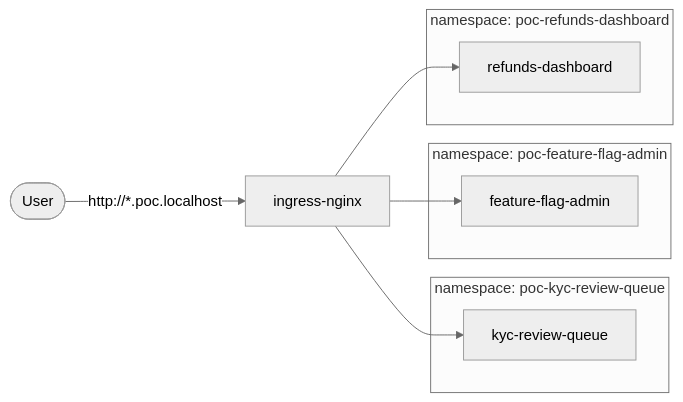
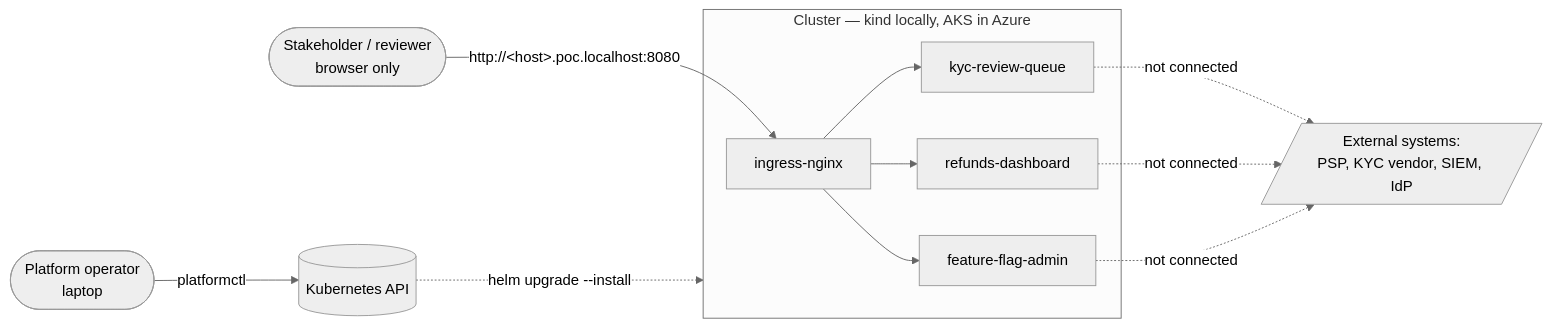
Before and after one commit to marcostcchen/Devin_POC: the first of 6 diagrams in platform/docs/architecture.md, drawn with Mermaid (neutral theme). The commit also changed other lines of this file and 6 other files, not shown here.

Commit message:
Document the current architecture, the target, the gap and the way across

````diff
--- a/platform/docs/architecture.md
+++ b/platform/docs/architecture.md
@@ -8,20 +15,21 @@
 ```mermaid
 flowchart LR
-    user([User]) -->|http://*.poc.localhost| ingress[ingress-nginx]
+    reviewer([Stakeholder / reviewer<br/>browser only]) -->|http://&lt;host&gt;.poc.localhost:8080| ingress
+    operator([Platform operator<br/>laptop]) -->|platformctl| api[(Kubernetes API)]
 
-    subgraph kyc_ns["namespace: poc-kyc-review-queue"]
+    subgraph cluster["Cluster — kind locally, AKS in Azure"]
+        ingress[ingress-nginx]
         kyc[kyc-review-queue]
+        flags[feature-flag-admin]
+        refunds[refunds-dashboard]
+        ingress --> kyc
+        ingress --> flags
+        ingress --> refunds
     end
 
-    subgraph flags_ns["namespace: poc-feature-flag-admin"]
-        flags[feature-flag-admin]
-    end
-
-    subgraph refunds_ns["namespace: poc-refunds-dashboard"]
-        refunds[refunds-dashboard]
-    end
-
-    ingress --> kyc
-    ingress --> flags
-    ingress --> refunds
+    api -.->|helm upgrade --install| cluster
+    ext[/External systems:<br/>PSP, KYC vendor, SIEM, IdP/]
+    kyc -. "not connected" .-> ext
+    refunds -. "not connected" .-> ext
+    flags -. "not connected" .-> ext
 ```
````
